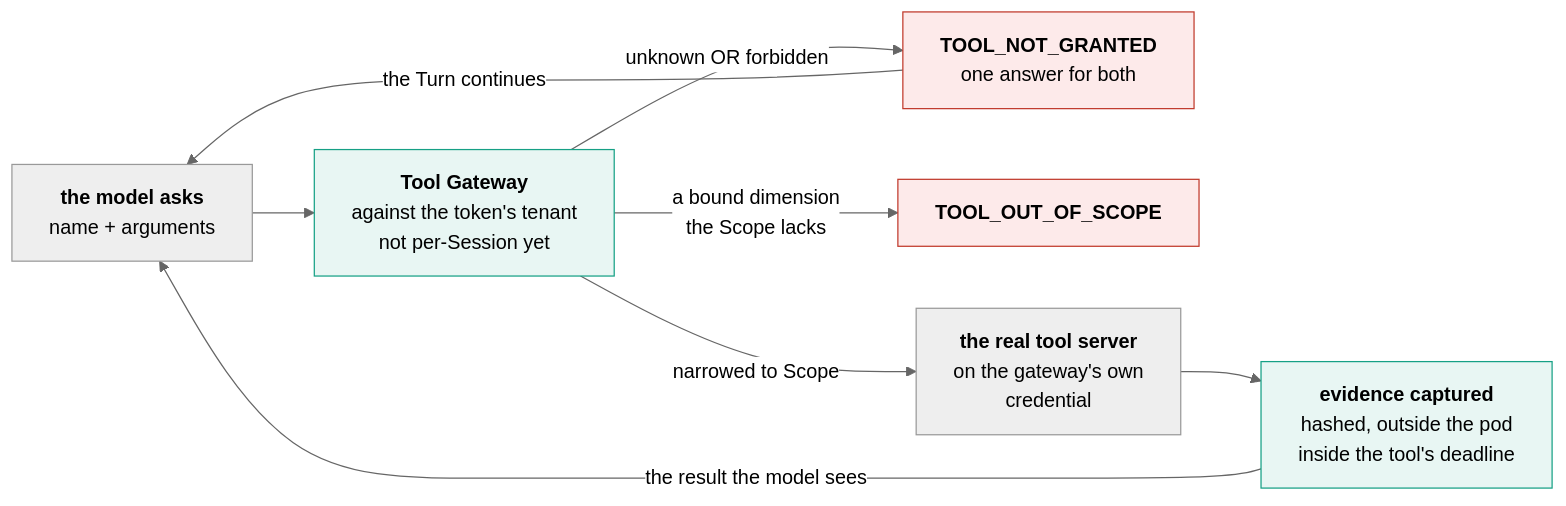
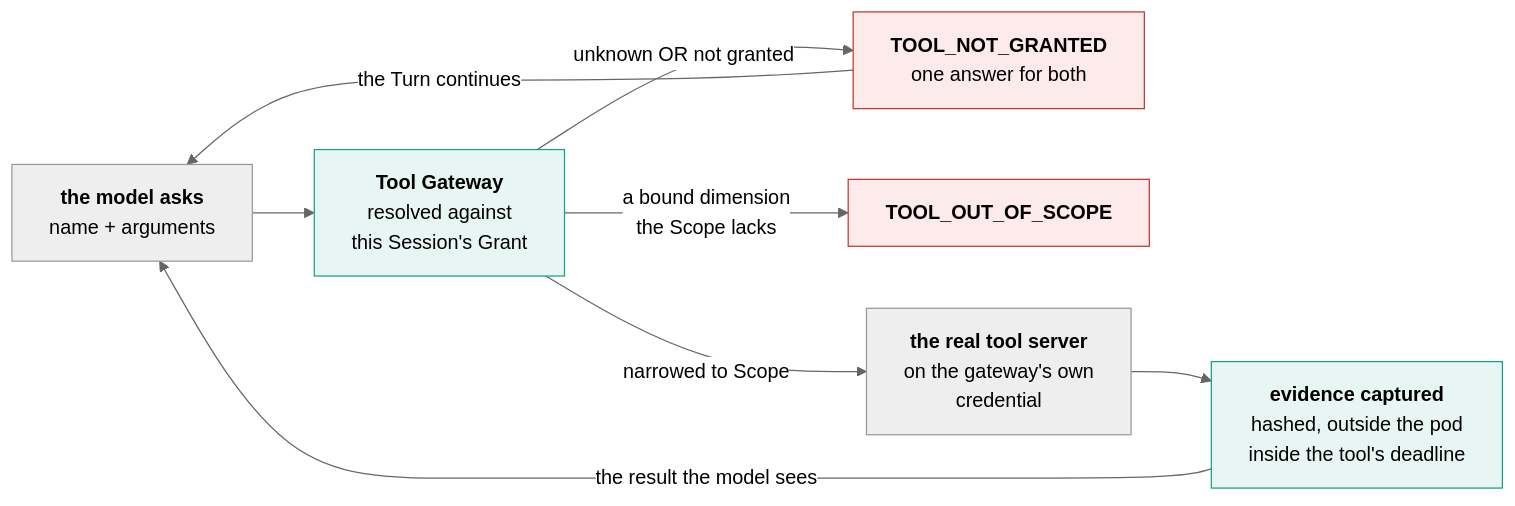
One commit to celestialdust/managed-agent-platform changed the diagram in .github/readme/06-one-tool-call.mmd. Above: the diagram before and after it, drawn with Mermaid (neutral theme). The commit also changed 231 other files, not shown here.

```diff
--- a/.github/readme/06-one-tool-call.mmd
+++ b/.github/readme/06-one-tool-call.mmd
@@ -1,22 +1,22 @@
 flowchart LR
     M["`**the model asks**
 name + arguments`"] --> TG["`**Tool Gateway**
-against the token's tenant
-not per-Session yet`"]
-    TG -->|"unknown OR forbidden"| NG["`**TOOL_NOT_GRANTED**
+resolved against
+this Session's Grant`"]
+    TG -->|"unknown OR not granted"| NG["`**TOOL_NOT_GRANTED**
 one answer for both`"]
     TG -->|"`a bound dimension
 the Scope lacks`"| OS2["`**TOOL_OUT_OF_SCOPE**`"]
     TG -->|"narrowed to Scope"| RS["`**the real tool server**
 on the gateway's own
 credential`"]
     RS --> EV["`**evidence captured**
 hashed, outside the pod
 inside the tool's deadline`"]
     EV -->|"the result the model sees"| M
     NG -->|"the Turn continues"| M
 
     style TG fill:#e8f6f3,stroke:#16a085
     style NG fill:#fdeaea,stroke:#c0392b
     style OS2 fill:#fdeaea,stroke:#c0392b
     style EV fill:#e8f6f3,stroke:#16a085
```
